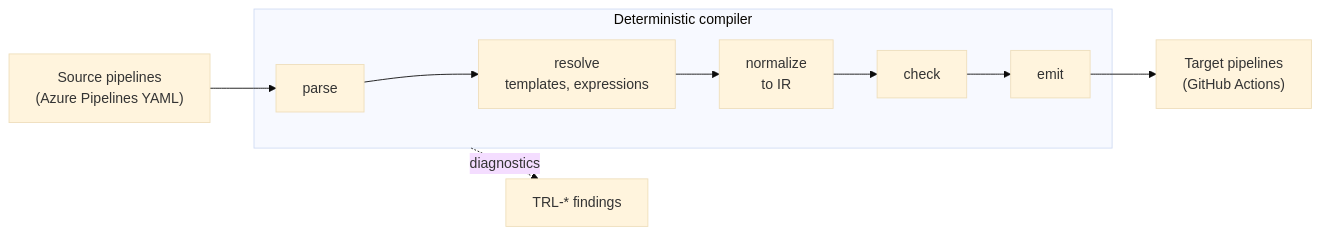
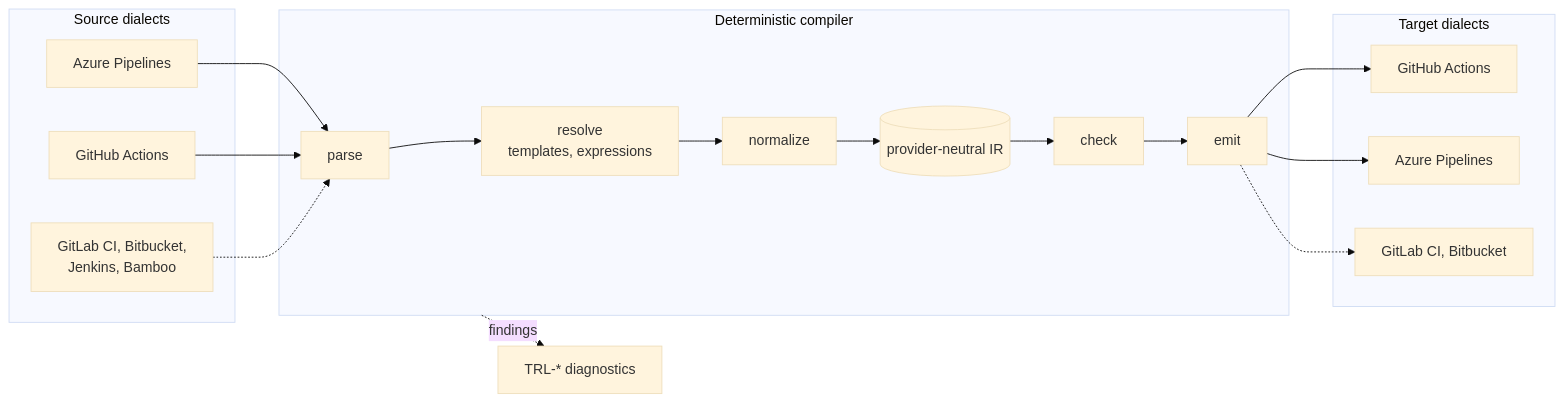
One commit to HarnageaGabriel/trasloco changed the first of 2 diagrams in README.md. Above: the diagram before and after it, drawn with Mermaid (base theme). The commit also changed other lines of this file, not shown here.

Commit message:
docs(readme): position as any-to-any, add retired tasks check, comparison and evidence

````diff
--- a/README.md
+++ b/README.md
@@ -82,12 +171,27 @@
 ```mermaid
 flowchart LR
-  src["Source pipelines<br/>(Azure Pipelines YAML)"] --> parse
+  subgraph sources["Source dialects"]
+    ado_in["Azure Pipelines"]
+    gha_in["GitHub Actions"]
+    more_in["GitLab CI, Bitbucket,<br/>Jenkins, Bamboo"]
+  end
   subgraph compiler["Deterministic compiler"]
     parse["parse"] --> resolve["resolve<br/>templates, expressions"]
-    resolve --> normalize["normalize<br/>to IR"]
-    normalize --> check["check"]
+    resolve --> normalize["normalize"]
+    normalize --> ir[("provider-neutral IR")]
+    ir --> check["check"]
     check --> emit["emit"]
   end
-  emit --> out["Target pipelines<br/>(GitHub Actions)"]
-  compiler -. diagnostics .-> diag["TRL-* findings"]
+  subgraph targets["Target dialects"]
+    gha_out["GitHub Actions"]
+    ado_out["Azure Pipelines"]
+    more_out["GitLab CI, Bitbucket"]
+  end
+  ado_in --> parse
+  gha_in --> parse
+  more_in -.-> parse
+  emit --> gha_out
+  emit --> ado_out
+  emit -.-> more_out
+  compiler -. findings .-> diag["TRL-* diagnostics"]
 ```
````
